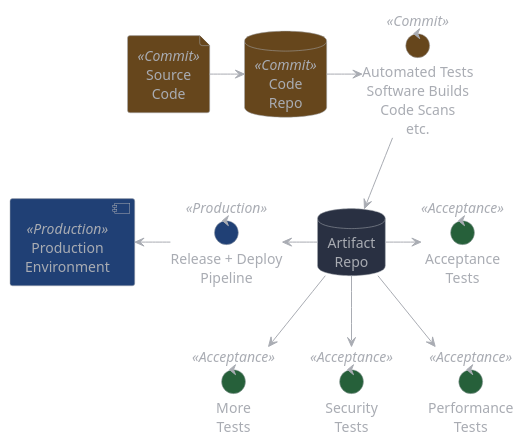
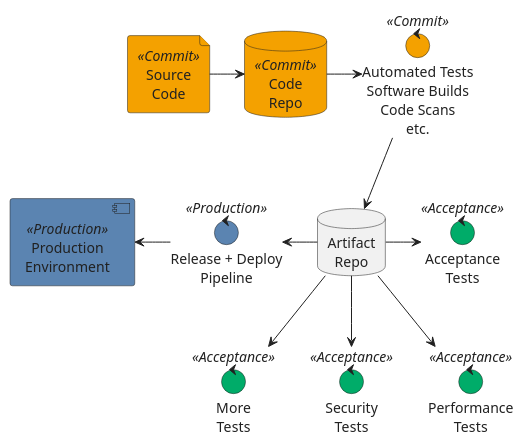
One commit to sommerfeld-io/website changed the diagram in docs/modules/ROOT/pages/development/guidelines.adoc. Above: the diagram before and after it, drawn with PlantUML. The commit also changed other lines of this file and 1 other file, not shown here.

Commit message:
plantuml and diagram design update

```diff
--- a/docs/modules/ROOT/pages/development/guidelines.adoc
+++ b/docs/modules/ROOT/pages/development/guidelines.adoc
@@ -81,71 +81,66 @@
 [plantuml, puml-build-image, svg]
 ----
 @startuml
 
 'skinparam linetype ortho
 skinparam monochrome false
 skinparam componentStyle uml2
 skinparam backgroundColor transparent
-'skinparam backgroundColor #202634
-skinparam ArrowColor #a9acb3
-skinparam NoteBorderColor #a9acb3
-skinparam NoteFontColor #a9acb3
+skinparam ArrowColor #212121
+skinparam NoteBorderColor #212121
+skinparam NoteFontColor #212121
 skinparam NoteBackgroundColor transparent
-skinparam ComponentBorderColor #a9acb3
-skinparam ComponentBackgroundColor #293042
-skinparam ComponentFontColor #a9acb3
-skinparam DatabaseBorderColor #a9acb3
-skinparam DatabaseBackgroundColor #293042
-skinparam DatabaseFontColor #a9acb3
-skinparam FileBorderColor #a9acb3
-skinparam FileBackgroundColor #293042
-skinparam FileFontColor #a9acb3
-skinparam ControlBorderColor #a9acb3
-skinparam ControlBackgroundColor #293042
-skinparam ControlFontColor #a9acb3
+skinparam ComponentBorderColor #212121
+skinparam ComponentFontColor #212121
+skinparam DatabaseBorderColor #212121
+skinparam DatabaseFontColor #212121
+skinparam FileBorderColor #212121
+skinparam FileFontColor #212121
+skinparam ControlBorderColor #212121
+skinparam ControlFontColor #212121
 skinparam RectangleBackgroundColor transparent
-skinparam RectangleBorderColor #a9acb3
-skinparam RectangleFontColor #a9acb3
+skinparam RectangleBorderColor #212121
+skinparam RectangleFontColor #212121
 skinparam ControlBackgroundColor transparent
-skinparam ControlBorderColor #a9acb3
-skinparam ControlFontColor #a9acb3
+skinparam ControlBorderColor #212121
+skinparam ControlFontColor #212121
 skinparam HexagonBackgroundColor transparent
-skinparam HexagonBorderColor #a9acb3
-skinparam HexagonFontColor #a9acb3
-skinparam ArtifactBackgroundColor #293042
-skinparam ArtifactBorderColor #a9acb3
-skinparam ArtifactFontColor #a9acb3
+skinparam HexagonBorderColor #212121
+skinparam HexagonFontColor #212121
+skinparam ArtifactBorderColor #212121
+skinparam ArtifactFontColor #212121
 skinparam defaultTextAlignment center
 skinparam activity {
-FontName Ubuntu
+    'FontName Ubuntu
+    FontName Roboto
 }
 
 database artifact_repo as "Artifact\nRepo"
 
-file code as "Source\nCode" <<Commit>> #66461C
-database code_repo as "Code\nRepo" <<Commit>> #66461C
-control ci as "Automated Tests\nSoftware Builds\nCode Scans\netc." <<Commit>> #66461C
+file code as "Source\nCode" <<Commit>> #f4a100
+database code_repo as "Code\nRepo" <<Commit>> #f4a100
+control ci as "Automated Tests\nSoftware Builds\nCode Scans\netc." <<Commit>> #f4a100
 
 code -> code_repo
 code_repo -right-> ci
 ci -down-> artifact_repo
 
-control more as "More\nTests" <<Acceptance>> #26603A
-control acceptance as "Acceptance\nTests" <<Acceptance>> #26603A
-control security as "Security\nTests" <<Acceptance>> #26603A
-control performance as "Performance\nTests" <<Acceptance>> #26603A
+control more as "More\nTests" <<Acceptance>> #00ac69
+control acceptance as "Acceptance\nTests" <<Acceptance>> #00ac69
+control security as "Security\nTests" <<Acceptance>> #00ac69
+control performance as "Performance\nTests" <<Acceptance>> #00ac69
 artifact_repo -right-> acceptance
 artifact_repo -down-> security
 artifact_repo -down-> performance
 artifact_repo -down-> more
 
-control deploy as "Release + Deploy\nPipeline" <<Production>> #204075
-component prod as "Production\nEnvironment" <<Production>> #204075
+control deploy as "Release + Deploy\nPipeline" <<Production>> #5b84b1
+component prod as "Production\nEnvironment" <<Production>> #5b84b1
 
 artifact_repo -left-> deploy
 deploy -left-> prod
 
 code_repo -[hidden]right- artifact_repo
 
 @enduml
 ----
```
